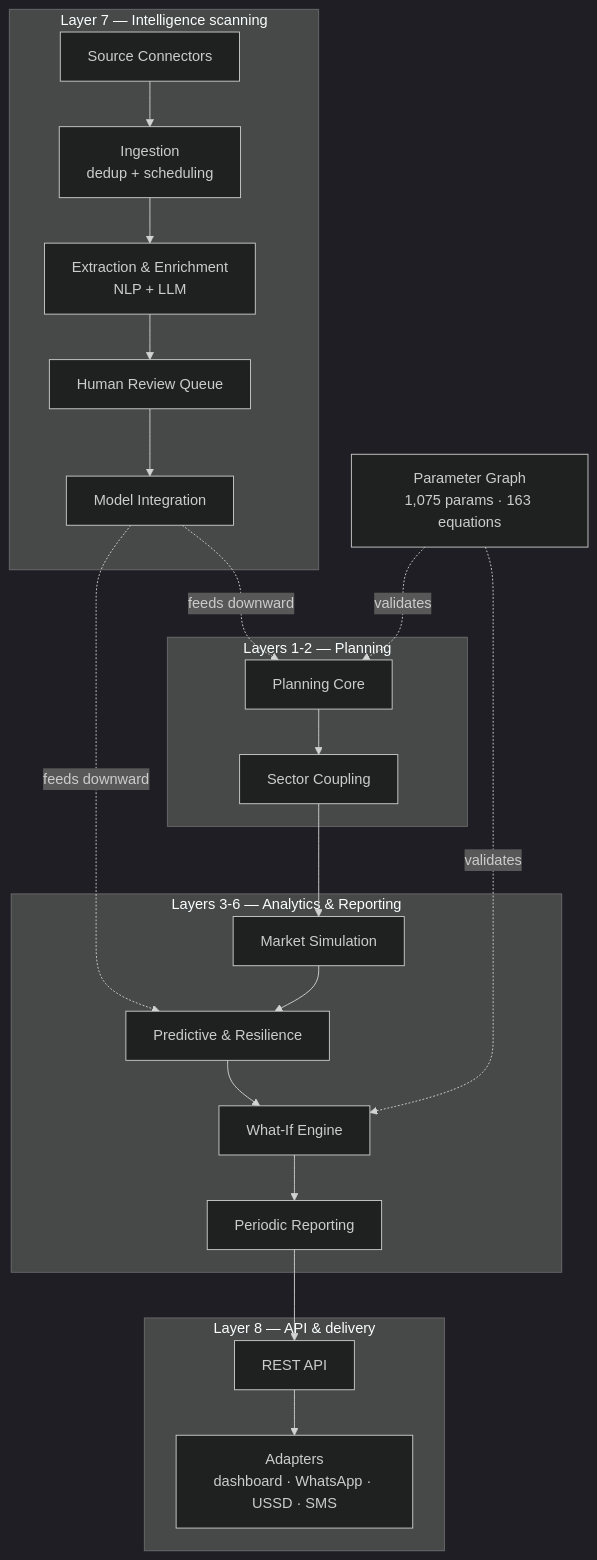
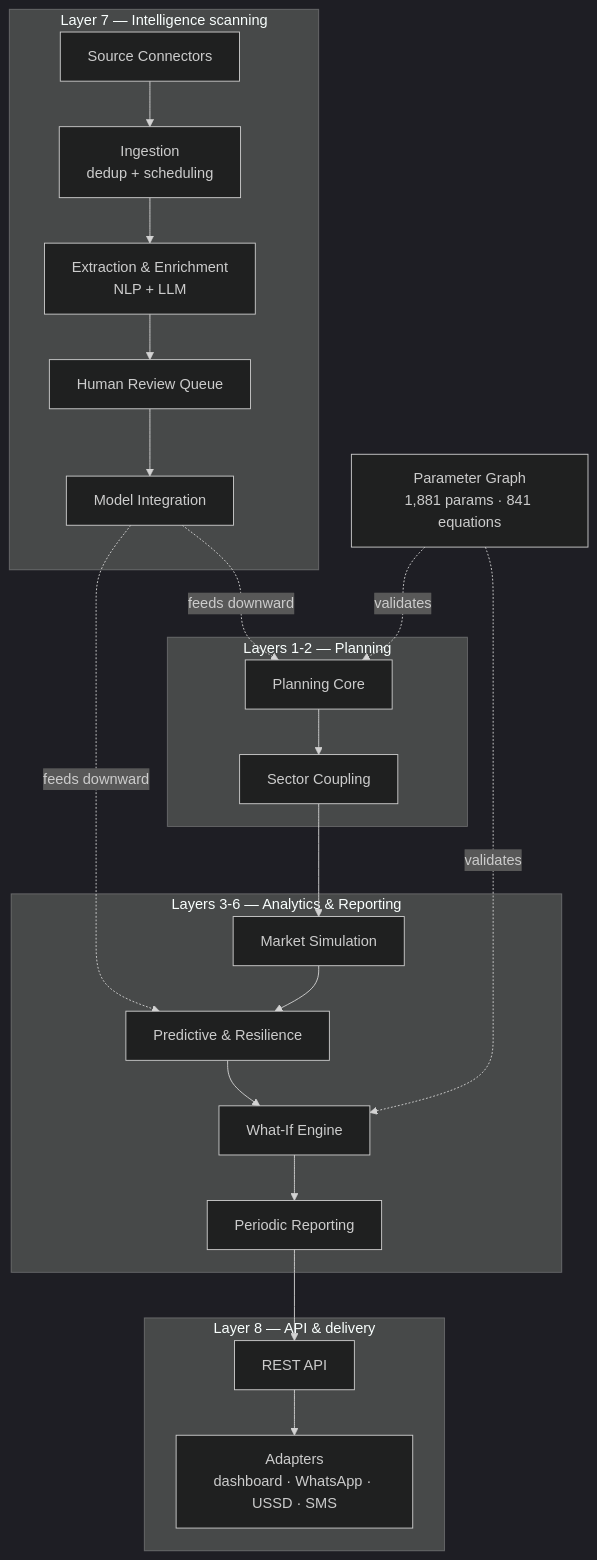
One commit to nyimbi/alea changed the first of 3 diagrams in README.md. Above: the diagram before and after it, drawn with Mermaid (dark theme). The commit also changed other lines of this file and 19 other files, not shown here.

Commit message:
Describe the PRG as an open, cited, dimension-checked dependency graph; add prior-art survey and engine-coupling count

````diff
--- a/README.md
+++ b/README.md
@@ -175,30 +175,30 @@
 ```mermaid
 graph TD
     subgraph L7["Layer 7 — Intelligence scanning"]
         SC[Source Connectors] --> ING[Ingestion<br/>dedup + scheduling]
         ING --> EXT[Extraction & Enrichment<br/>NLP + LLM]
         EXT --> REV[Human Review Queue]
         REV --> MI[Model Integration]
     end
 
     subgraph L1["Layers 1-2 — Planning"]
         PC[Planning Core] --> SEC[Sector Coupling]
     end
 
     subgraph L3["Layers 3-6 — Analytics & Reporting"]
         MKT[Market Simulation] --> PRED[Predictive & Resilience]
         PRED --> WI[What-If Engine]
         WI --> REP[Periodic Reporting]
     end
 
     subgraph L8["Layer 8 — API & delivery"]
         API[REST API] --> AD[Adapters<br/>dashboard · WhatsApp · USSD · SMS]
     end
 
-    PRG[Parameter Graph<br/>1,075 params · 163 equations] -.validates.-> WI
+    PRG[Parameter Graph<br/>1,881 params · 841 equations] -.validates.-> WI
     PRG -.validates.-> PC
     MI -.feeds downward.-> PC
     MI -.feeds downward.-> PRED
     SEC --> MKT
     REP --> API
 ```
````
